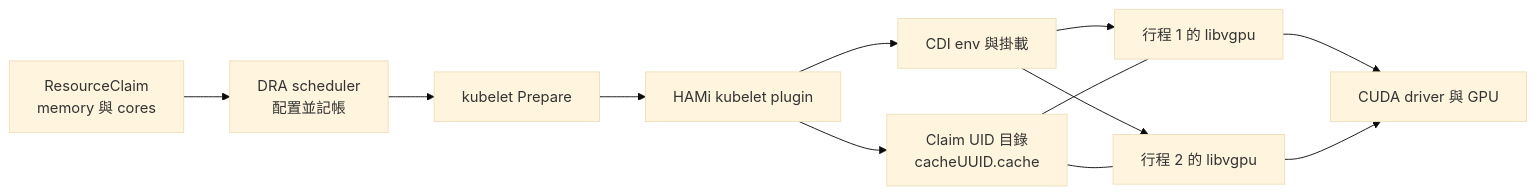
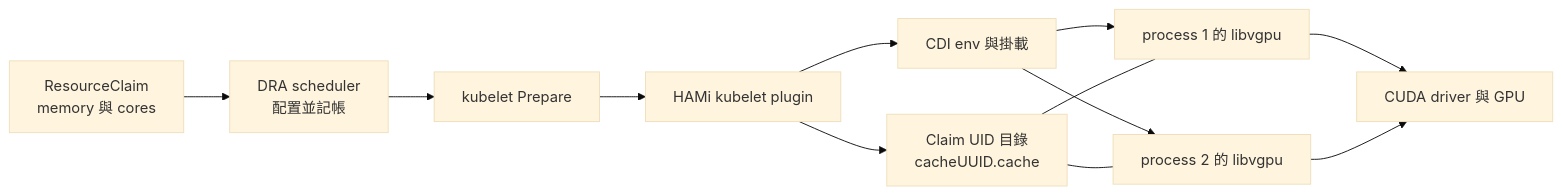
The fourth of 4 diagrams in book/04-isolation/hami-dra.md (Daniel77871/dra-gpu-sharing-in-practice), drawn with Mermaid (base theme) before and after one commit. The commit also changed other lines of this file and 80 other files, not shown here.

````diff
--- a/book/04-isolation/hami-dra.md
+++ b/book/04-isolation/hami-dra.md
@@ -84,14 +84,14 @@
 ```mermaid
 flowchart LR
     C["ResourceClaim<br/>memory 與 cores"] --> S["DRA scheduler<br/>配置並記帳"]
     S --> K["kubelet Prepare"]
     K --> H["HAMi kubelet plugin"]
     H --> F["Claim UID 目錄<br/>cacheUUID.cache"]
     H --> I["CDI env 與掛載"]
-    I --> P1["行程 1 的 libvgpu"]
-    I --> P2["行程 2 的 libvgpu"]
+    I --> P1["process 1 的 libvgpu"]
+    I --> P2["process 2 的 libvgpu"]
     F --- P1
     F --- P2
     P1 --> G["CUDA driver 與 GPU"]
     P2 --> G
 ```
````
